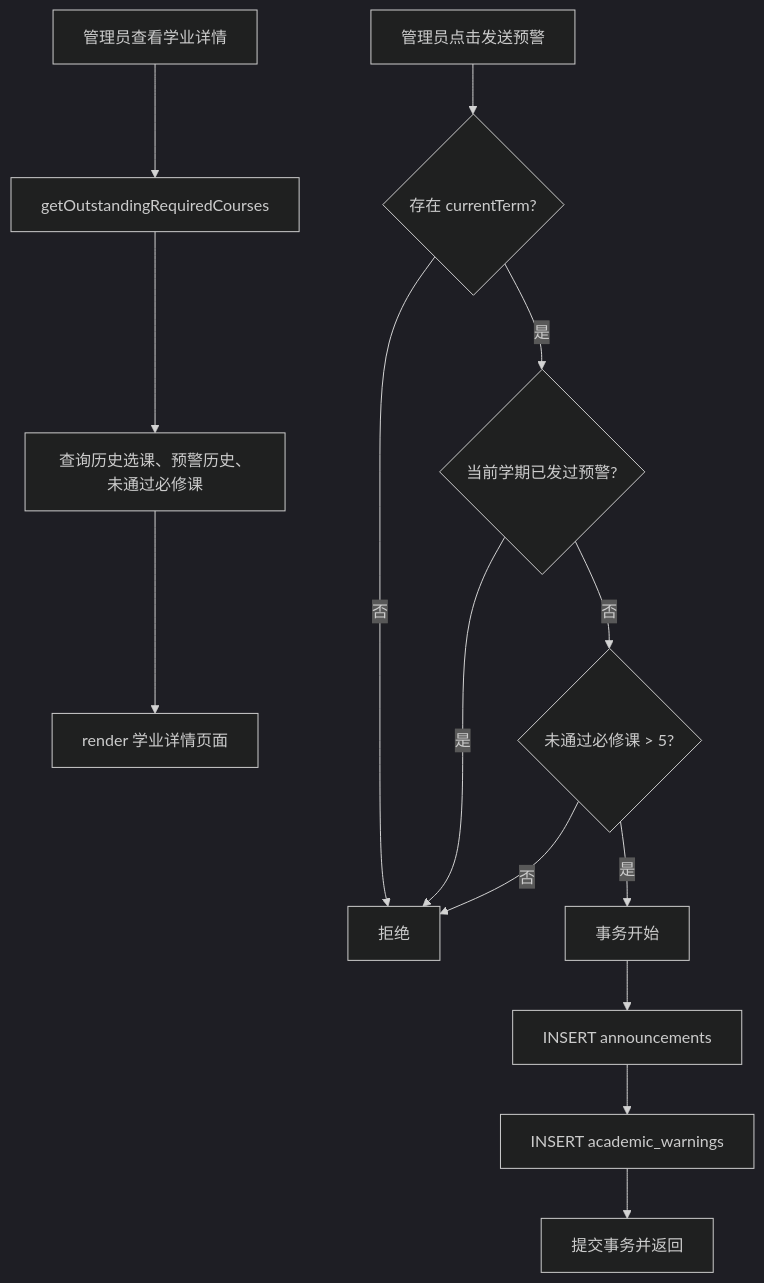
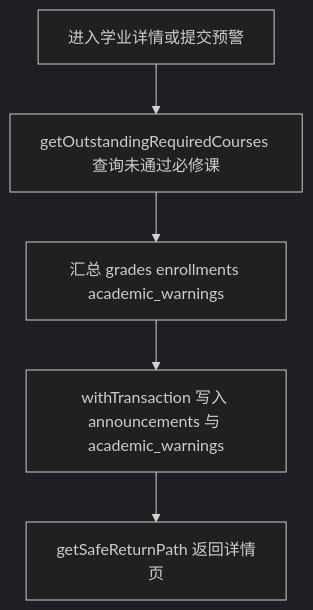
Diagram 20 of 29 in docs/系统设计说明.md (llkww/jiaoxue), drawn with Mermaid (dark theme) before and after one commit. The commit also changed other lines of this file and 1 other file, not shown here.

````diff
--- a/docs/系统设计说明.md
+++ b/docs/系统设计说明.md
@@ -1121,17 +1092,7 @@
 ```mermaid
 flowchart TD
-  A[管理员查看学业详情] --> B[getOutstandingRequiredCourses]
-  B --> C[查询历史选课、预警历史、未通过必修课]
-  C --> D[render 学业详情页面]
-
-  E[管理员点击发送预警] --> F{存在 currentTerm?}
-  F -- 否 --> G[拒绝]
-  F -- 是 --> H{当前学期已发过预警?}
-  H -- 是 --> G
-  H -- 否 --> I{未通过必修课 > 5?}
-  I -- 否 --> G
-  I -- 是 --> J[事务开始]
-  J --> K[INSERT announcements]
-  K --> L[INSERT academic_warnings]
-  L --> M[提交事务并返回]
+  A[进入学业详情或提交预警] --> B[getOutstandingRequiredCourses 查询未通过必修课]
+  B --> C[汇总 grades enrollments academic_warnings]
+  C --> D[withTransaction 写入 announcements 与 academic_warnings]
+  D --> E[getSafeReturnPath 返回详情页]
 ```
````
